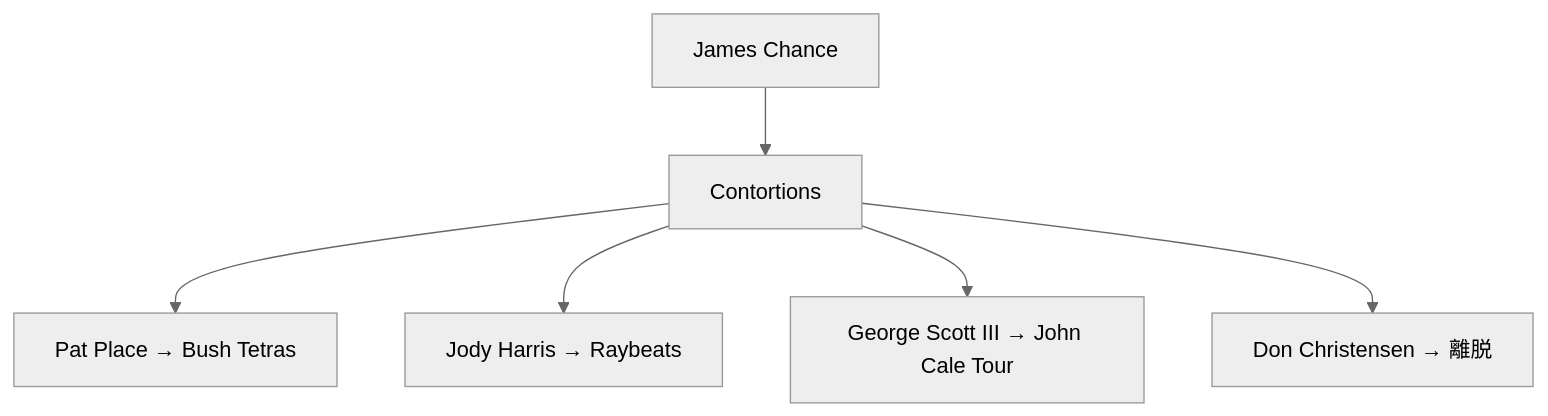
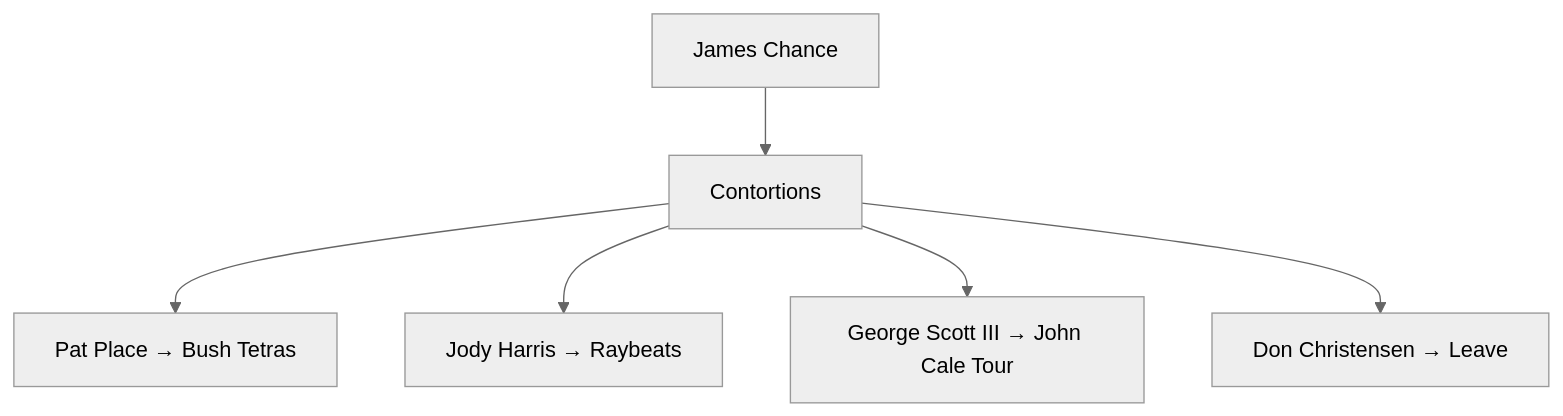
One commit to monumental-movement/monumental-movement.github.io changed the third of 5 diagrams in en/_posts/2025-11-21-column-james-chance-and-the-contortions.md. Above: the diagram before and after it, drawn with Mermaid (neutral theme). The commit also changed other lines of this file and 851 other files, not shown here.

```diff
--- a/en/_posts/2025-11-21-column-james-chance-and-the-contortions.md
+++ b/en/_posts/2025-11-21-column-james-chance-and-the-contortions.md
@@ -143,10 +143,10 @@
 <div class="mermaid">
 
 graph TD
 A["James Chance"] --> B["Contortions"]
 B --> C["Pat Place → Bush Tetras"]
 B --> D["Jody Harris → Raybeats"]
 B --> E["George Scott III → John Cale Tour"]
-B --> F["Don Christensen → 離脱"]
+B --> F["Don Christensen → Leave"]
 
 </div>
```
